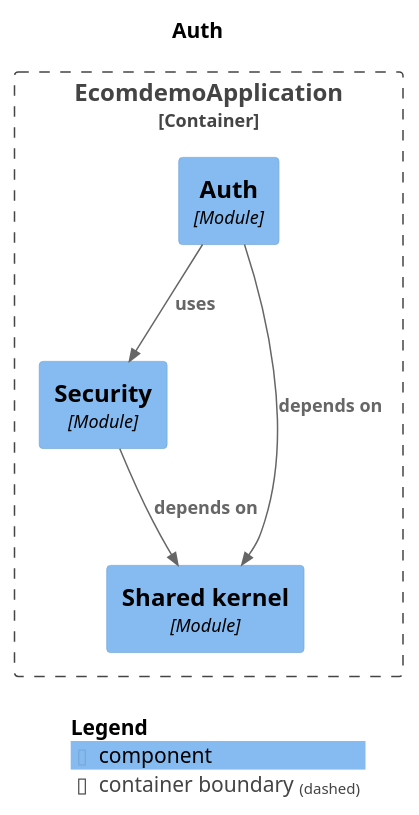
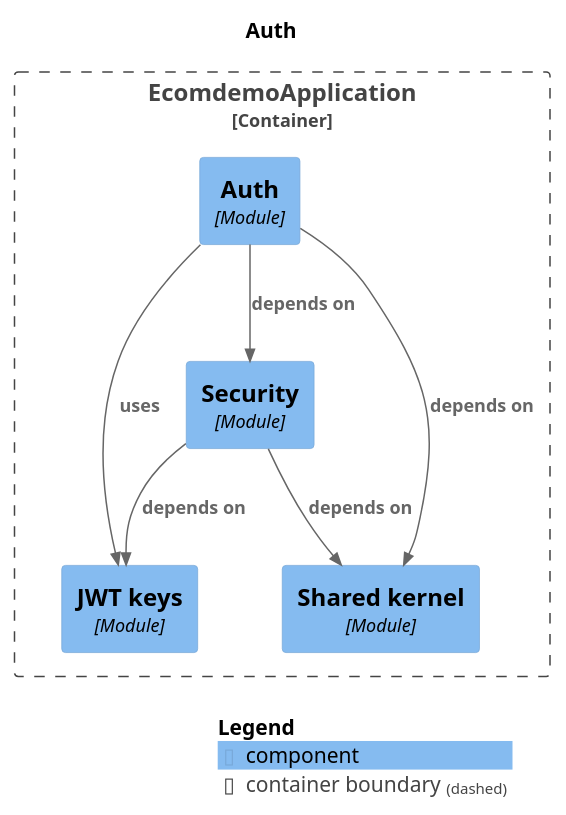
The diagram in docs/modules/module-auth.puml (mr-sujay-patil/ecomdemo), drawn with PlantUML before and after one commit. The commit also changed 10 other files, not shown here.

First line of the commit message:
docs: record the Phase 20b security decisions, and regenerate the module map

```diff
--- a/docs/modules/module-auth.puml
+++ b/docs/modules/module-auth.puml
@@ -1,22 +1,25 @@
 @startuml
 set separator none
 title Auth
 
 top to bottom direction
 
 !include <C4/C4>
 !include <C4/C4_Context>
 !include <C4/C4_Component>
 
 Container_Boundary("EcomdemoApplication.EcomdemoApplication_boundary", "EcomdemoApplication", $tags="") {
   Component(EcomdemoApplication.EcomdemoApplication.Security, "Security", $techn="Module", $descr="", $tags="", $link="")
   Component(EcomdemoApplication.EcomdemoApplication.Auth, "Auth", $techn="Module", $descr="", $tags="", $link="")
+  Component(EcomdemoApplication.EcomdemoApplication.JWTkeys, "JWT keys", $techn="Module", $descr="", $tags="", $link="")
   Component(EcomdemoApplication.EcomdemoApplication.Sharedkernel, "Shared kernel", $techn="Module", $descr="", $tags="", $link="")
 }
 
-Rel(EcomdemoApplication.EcomdemoApplication.Auth, EcomdemoApplication.EcomdemoApplication.Security, "uses", $techn="", $tags="", $link="")
+Rel(EcomdemoApplication.EcomdemoApplication.Auth, EcomdemoApplication.EcomdemoApplication.JWTkeys, "uses", $techn="", $tags="", $link="")
+Rel(EcomdemoApplication.EcomdemoApplication.Auth, EcomdemoApplication.EcomdemoApplication.Security, "depends on", $techn="", $tags="", $link="")
 Rel(EcomdemoApplication.EcomdemoApplication.Auth, EcomdemoApplication.EcomdemoApplication.Sharedkernel, "depends on", $techn="", $tags="", $link="")
+Rel(EcomdemoApplication.EcomdemoApplication.Security, EcomdemoApplication.EcomdemoApplication.JWTkeys, "depends on", $techn="", $tags="", $link="")
 Rel(EcomdemoApplication.EcomdemoApplication.Security, EcomdemoApplication.EcomdemoApplication.Sharedkernel, "depends on", $techn="", $tags="", $link="")
 
 SHOW_LEGEND(true)
 @enduml
```
